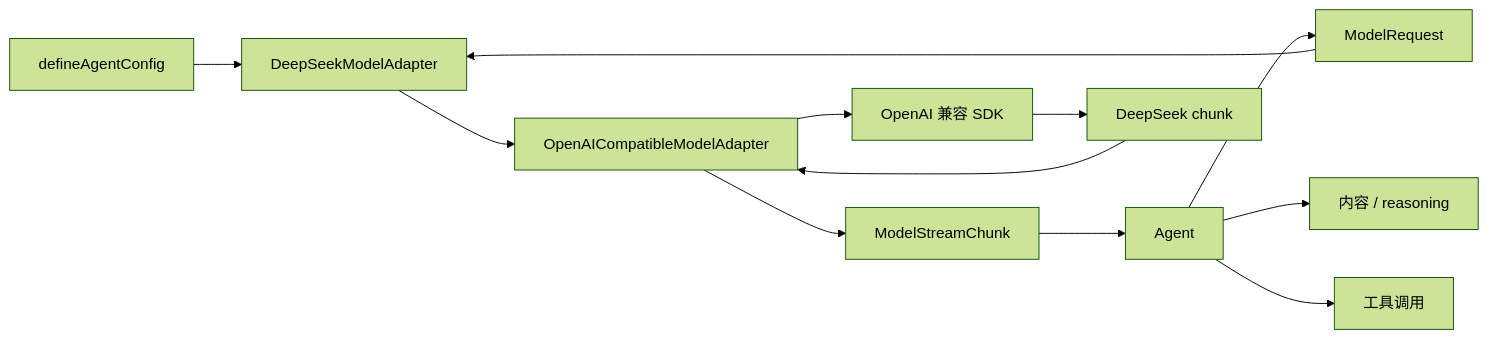
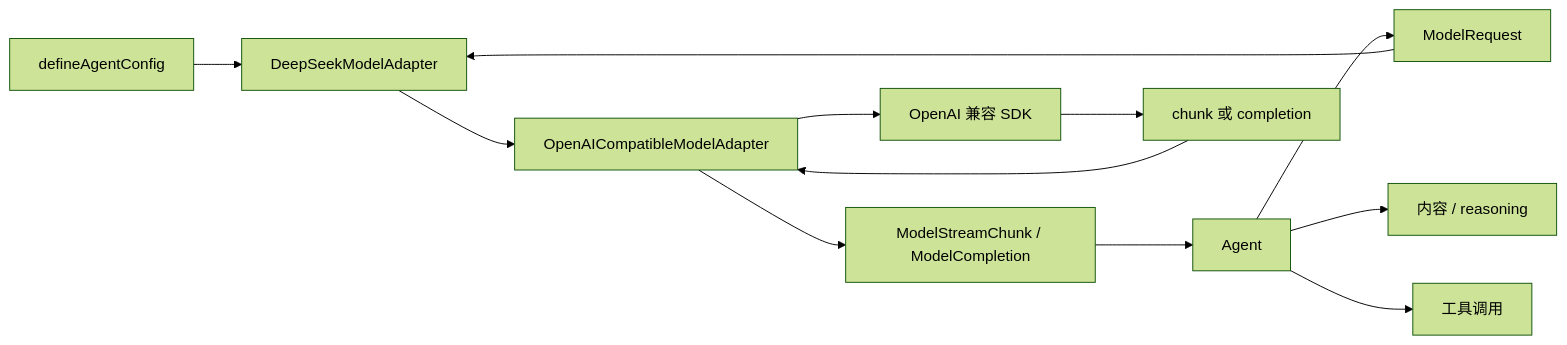
One commit to AlbertE1990/crafteHarness changed the diagram in docs/learning/model-adapter.md. Above: the diagram before and after it, drawn with Mermaid (forest theme). The commit also changed other lines of this file and 37 other files, not shown here.

````diff
--- a/docs/learning/model-adapter.md
+++ b/docs/learning/model-adapter.md
@@ -19,14 +19,14 @@
 ```mermaid
 flowchart LR
   Config[defineAgentConfig] --> DeepSeek[DeepSeekModelAdapter]
   Agent[Agent] --> Request[ModelRequest]
   Request --> DeepSeek
   DeepSeek --> Compatible[OpenAICompatibleModelAdapter]
   Compatible --> SDK[OpenAI 兼容 SDK]
-  SDK --> Raw[DeepSeek chunk]
+  SDK --> Raw[chunk 或 completion]
   Raw --> Compatible
-  Compatible --> Standard[ModelStreamChunk]
+  Compatible --> Standard[ModelStreamChunk / ModelCompletion]
   Standard --> Agent
   Agent --> SSE[内容 / reasoning]
   Agent --> Harness[工具调用]
 ```
````
